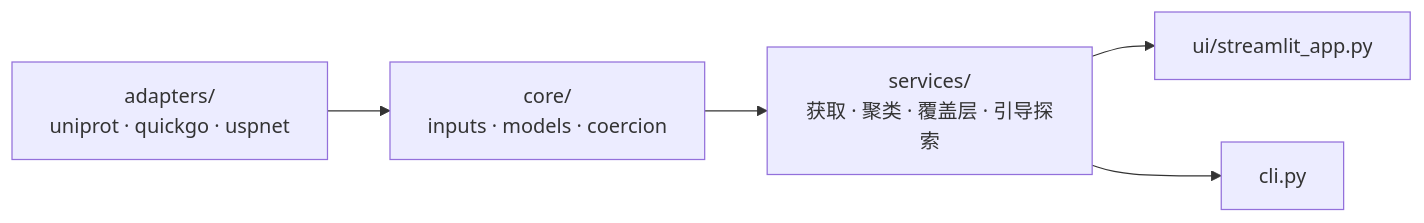
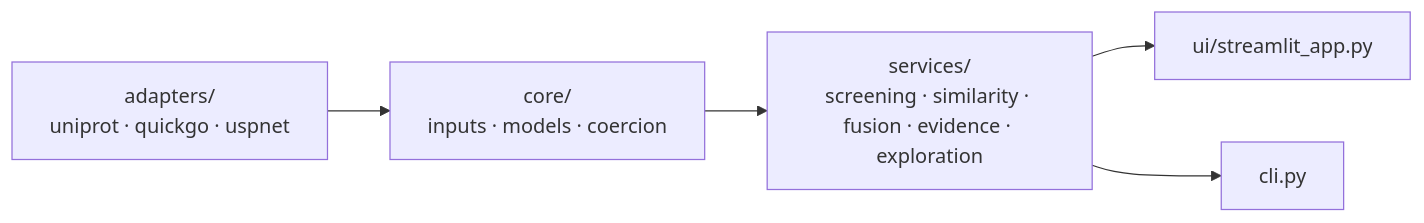
One commit to 77652189/SigScout changed the diagram in README.zh.md. Above: the diagram before and after it, drawn with Mermaid. The commit also changed other lines of this file and 4 other files, not shown here.

````diff
--- a/README.zh.md
+++ b/README.zh.md
@@ -16,7 +48,7 @@
 ```mermaid
 flowchart LR
   SRC["adapters/<br/>uniprot · quickgo · uspnet"] --> CORE["core/<br/>inputs · models · coercion"]
-  CORE --> SVC["services/<br/>获取 · 聚类 · 覆盖层 · 引导探索"]
+  CORE --> SVC["services/<br/>screening · similarity · fusion · evidence · exploration"]
   SVC --> UI["ui/streamlit_app.py"]
   SVC --> CLI["cli.py"]
 ```
````
